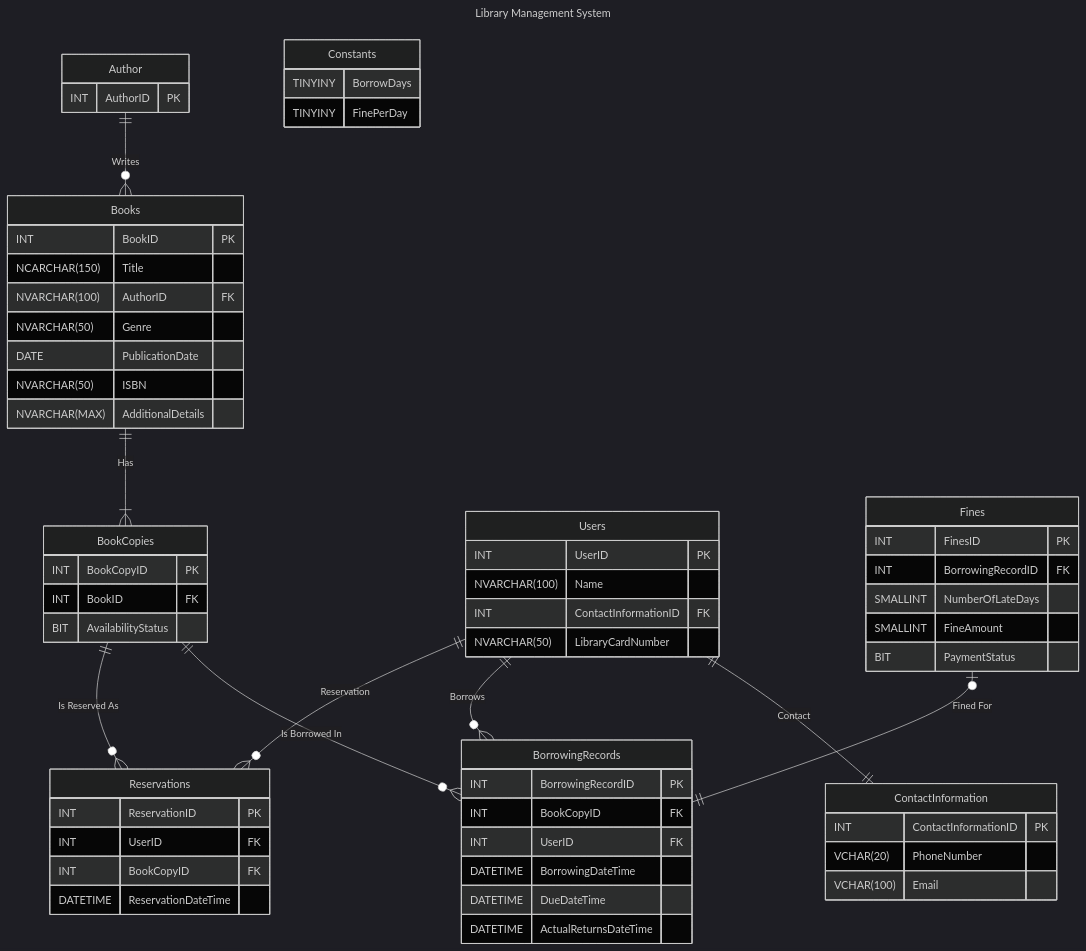
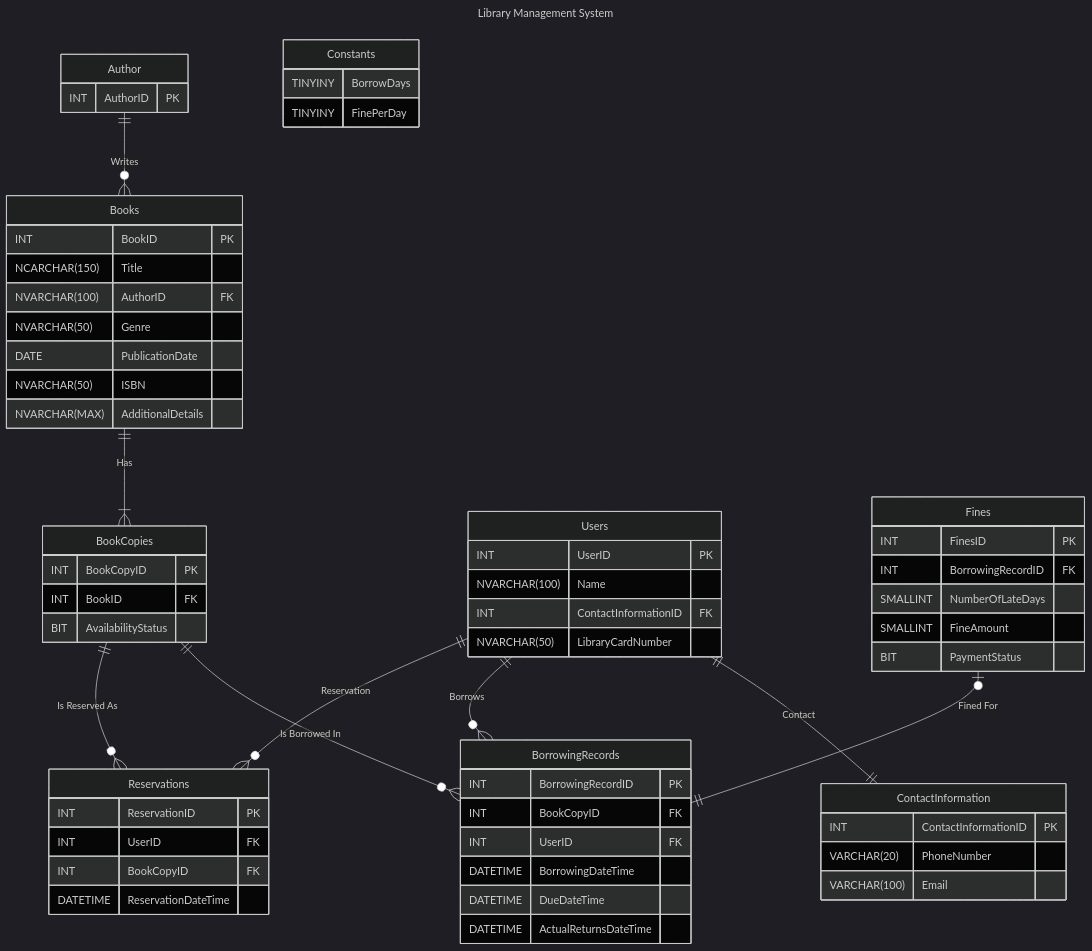
One commit to M4MD24/SQL-Database-Part-of-Concepts-and-Practices-by-Programming-Advices changed the diagram in src/_1_projects/_1_1_relational_diagrams/_1_1_1_management_system/Library.mmd. Above: the diagram before and after it, drawn with Mermaid (dark theme). The commit also changed 4 other files, not shown here.

Commit message:
Edit Data Type Names in Relational Schemas

```diff
--- a/src/_1_projects/_1_1_relational_diagrams/_1_1_1_management_system/Library.mmd
+++ b/src/_1_projects/_1_1_relational_diagrams/_1_1_1_management_system/Library.mmd
@@ -1,74 +1,74 @@
 ---
 title: "Library Management System"
 ---
 erDiagram
     Books {
         INT BookID PK
         NCARCHAR(150) Title
         NVARCHAR(100) AuthorID FK
         NVARCHAR(50) Genre
         DATE PublicationDate
         NVARCHAR(50) ISBN
         NVARCHAR(MAX) AdditionalDetails
     }
 
     BookCopies {
         INT BookCopyID PK
         INT BookID FK
         BIT AvailabilityStatus
     }
 
     Author {
         INT AuthorID PK
     }
 
     Users {
         INT UserID PK
         NVARCHAR(100) Name
         INT ContactInformationID FK
         NVARCHAR(50) LibraryCardNumber
     }
 
     ContactInformation {
         INT ContactInformationID PK
-        VCHAR(20) PhoneNumber
-        VCHAR(100) Email
+        VARCHAR(20) PhoneNumber
+        VARCHAR(100) Email
     }
 
     BorrowingRecords {
         INT BorrowingRecordID PK
         INT BookCopyID FK
         INT UserID FK
         DATETIME BorrowingDateTime
         DATETIME DueDateTime
         DATETIME ActualReturnsDateTime
     }
 
     Reservations {
         INT ReservationID PK
         INT UserID FK
         INT BookCopyID FK
         DATETIME ReservationDateTime
     }
 
     Fines {
         INT FinesID PK
         INT BorrowingRecordID FK
         SMALLINT NumberOfLateDays
         SMALLINT FineAmount
         BIT PaymentStatus
     }
 
     Constants {
         TINYINY BorrowDays
         TINYINY FinePerDay
     }
 
     Users ||--|| ContactInformation: Contact
     Author ||--o{ Books: Writes
     Books ||--|{ BookCopies: Has
     Users ||--o{ BorrowingRecords: Borrows
     BookCopies ||--o{ BorrowingRecords: "Is Borrowed In"
     Users ||--o{ Reservations: Reservation
     BookCopies ||--o{ Reservations: "Is Reserved As"
     Fines |o--|| BorrowingRecords: "Fined For"
```
